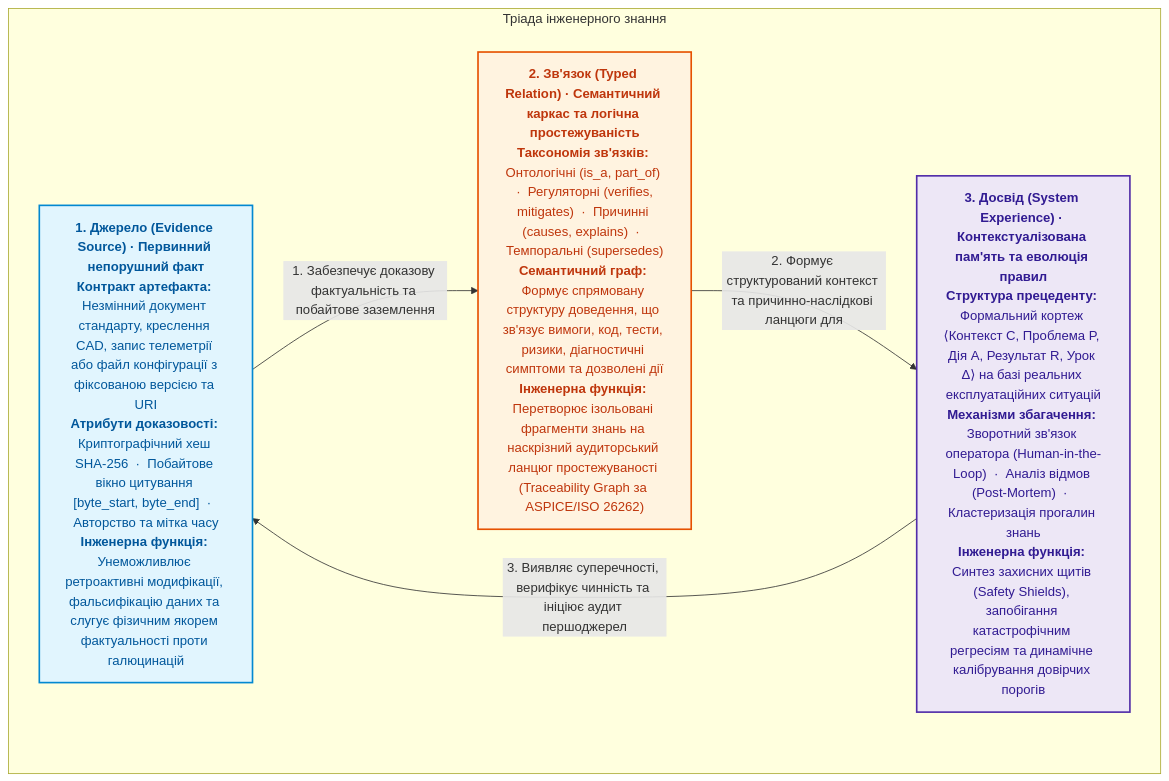
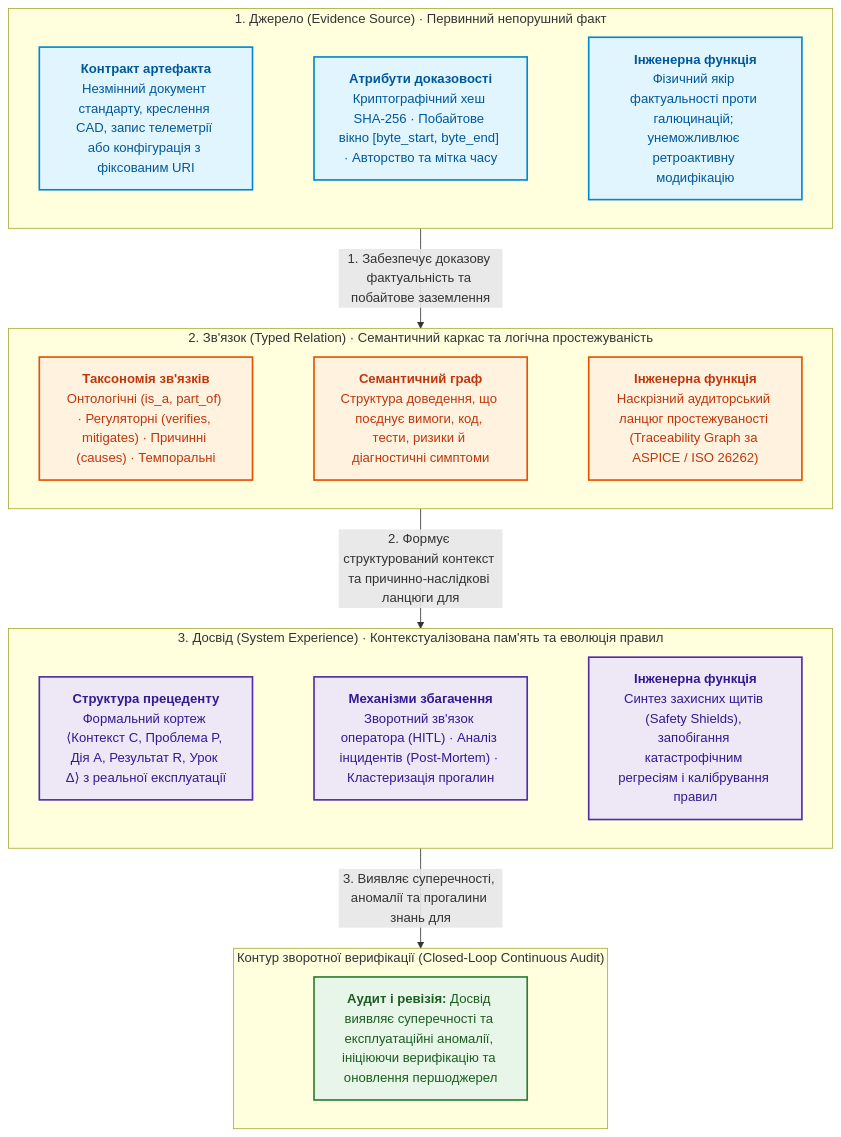
One commit to nick-fedchik/articles changed the fourth of 9 diagrams in ExpertSystem/ch04-evolution-from-bayes-to-evidence-ai.md. Above: the diagram before and after it, drawn with Mermaid.

Commit message:
docs(ch04): redesign engineering knowledge triad diagram with horizontal 3-card subgraphs

````diff
--- a/ExpertSystem/ch04-evolution-from-bayes-to-evidence-ai.md
+++ b/ExpertSystem/ch04-evolution-from-bayes-to-evidence-ai.md
@@ -632,25 +632,48 @@
 ```mermaid
 flowchart TD
     accTitle: Тріада знань доказової експертної системи
-    accDescr: Джерело забезпечує фактологічну основу, зв'язок формує граф міркування, а досвід калібрує правила й запобігає регресіям.
+    accDescr: Джерело забезпечує фактологічну основу, зв'язок формує граф міркування, а досвід калібрує правила й запобігає регресіям через замкнений контур аудиту.
 
-    subgraph Triad["Тріада інженерного знання"]
-        SRC["<b>1. Джерело (Evidence Source) · Первинний непорушний факт</b><br/><b>Контракт артефакта:</b> Незмінний документ стандарту, креслення CAD, запис телеметрії або файл конфігурації з фіксованою версією та URI<br/><b>Атрибути доказовості:</b> Криптографічний хеш SHA-256 &nbsp;·&nbsp; Побайтове вікно цитування [byte_start, byte_end] &nbsp;·&nbsp; Авторство та мітка часу<br/><b>Інженерна функція:</b> Унеможливлює ретроактивні модифікації, фальсифікацію даних та слугує фізичним якорем фактуальності проти галюцинацій"]
-        
-        REL["<b>2. Зв'язок (Typed Relation) · Семантичний каркас та логічна простежуваність</b><br/><b>Таксономія зв'язків:</b> Онтологічні (is_a, part_of) &nbsp;·&nbsp; Регуляторні (verifies, mitigates) &nbsp;·&nbsp; Причинні (causes, explains) &nbsp;·&nbsp; Темпоральні (supersedes)<br/><b>Семантичний граф:</b> Формує спрямовану структуру доведення, що зв'язує вимоги, код, тести, ризики, діагностичні симптоми та дозволені дії<br/><b>Інженерна функція:</b> Перетворює ізольовані фрагменти знань на наскрізний аудиторський ланцюг простежуваності (Traceability Graph за ASPICE/ISO 26262)"]
-        
-        EXP["<b>3. Досвід (System Experience) · Контекстуалізована пам'ять та еволюція правил</b><br/><b>Структура прецеденту:</b> Формальний кортеж ⟨Контекст C, Проблема P, Дія A, Результат R, Урок Δ⟩ на базі реальних експлуатаційних ситуацій<br/><b>Механізми збагачення:</b> Зворотний зв'язок оператора (Human-in-the-Loop) &nbsp;·&nbsp; Аналіз відмов (Post-Mortem) &nbsp;·&nbsp; Кластеризація прогалин знань<br/><b>Інженерна функція:</b> Синтез захисних щитів (Safety Shields), запобігання катастрофічним регресіям та динамічне калібрування довірчих порогів"]
+    subgraph S_BOX["1. Джерело (Evidence Source) · Первинний непорушний факт"]
+        direction LR
+        S1["<b>Контракт артефакта</b><br/>Незмінний документ стандарту, креслення CAD, запис телеметрії або конфігурація з фіксованим URI"]
+        S2["<b>Атрибути доказовості</b><br/>Криптографічний хеш SHA-256 · Побайтове вікно [byte_start, byte_end] · Авторство та мітка часу"]
+        S3["<b>Інженерна функція</b><br/>Фізичний якір фактуальності проти галюцинацій; унеможливлює ретроактивну модифікацію"]
+        S1 ~~~ S2 ~~~ S3
     end
 
-    SRC -->|1. Забезпечує доказову фактуальність та побайтове заземлення| REL
-    REL -->|2. Формує структурований контекст та причинно-наслідкові ланцюги для| EXP
-    EXP -->|3. Виявляє суперечності, верифікує чинність та ініціює аудит першоджерел| SRC
+    subgraph R_BOX["2. Зв'язок (Typed Relation) · Семантичний каркас та логічна простежуваність"]
+        direction LR
+        R1["<b>Таксономія зв'язків</b><br/>Онтологічні (is_a, part_of) · Регуляторні (verifies, mitigates) · Причинні (causes) · Темпоральні"]
+        R2["<b>Семантичний граф</b><br/>Структура доведення, що поєднує вимоги, код, тести, ризики й діагностичні симптоми"]
+        R3["<b>Інженерна функція</b><br/>Наскрізний аудиторський ланцюг простежуваності (Traceability Graph за ASPICE / ISO 26262)"]
+        R1 ~~~ R2 ~~~ R3
+    end
+
+    subgraph E_BOX["3. Досвід (System Experience) · Контекстуалізована пам'ять та еволюція правил"]
+        direction LR
+        E1["<b>Структура прецеденту</b><br/>Формальний кортеж ⟨Контекст C, Проблема P, Дія A, Результат R, Урок Δ⟩ з реальної експлуатації"]
+        E2["<b>Механізми збагачення</b><br/>Зворотний зв'язок оператора (HITL) · Аналіз інцидентів (Post-Mortem) · Кластеризація прогалин"]
+        E3["<b>Інженерна функція</b><br/>Синтез захисних щитів (Safety Shields), запобігання катастрофічним регресіям і калібрування правил"]
+        E1 ~~~ E2 ~~~ E3
+    end
+
+    subgraph AUDIT_BOX["Контур зворотної верифікації (Closed-Loop Continuous Audit)"]
+        direction LR
+        A1["<b>Аудит і ревізія:</b> Досвід виявляє суперечності та експлуатаційні аномалії, ініціюючи верифікацію та оновлення першоджерел"]
+    end
+
+    S_BOX -->|1. Забезпечує доказову фактуальність та побайтове заземлення| R_BOX
+    R_BOX -->|2. Формує структурований контекст та причинно-наслідкові ланцюги для| E_BOX
+    E_BOX -->|3. Виявляє суперечності, аномалії та прогалини знань для| AUDIT_BOX
 
     classDef src fill:#e1f5fe,stroke:#0288d1,stroke-width:2px,color:#01579b;
     classDef rel fill:#fff3e0,stroke:#e65100,stroke-width:2px,color:#bf360c;
     classDef exp fill:#ede7f6,stroke:#512da8,stroke-width:2px,color:#311b92;
+    classDef aud fill:#e8f5e9,stroke:#2e7d32,stroke-width:2px,color:#1b5e20;
 
-    class SRC src;
-    class REL rel;
-    class EXP exp;
+    class S1,S2,S3 src;
+    class R1,R2,R3 rel;
+    class E1,E2,E3 exp;
+    class A1 aud;
 ```
````
